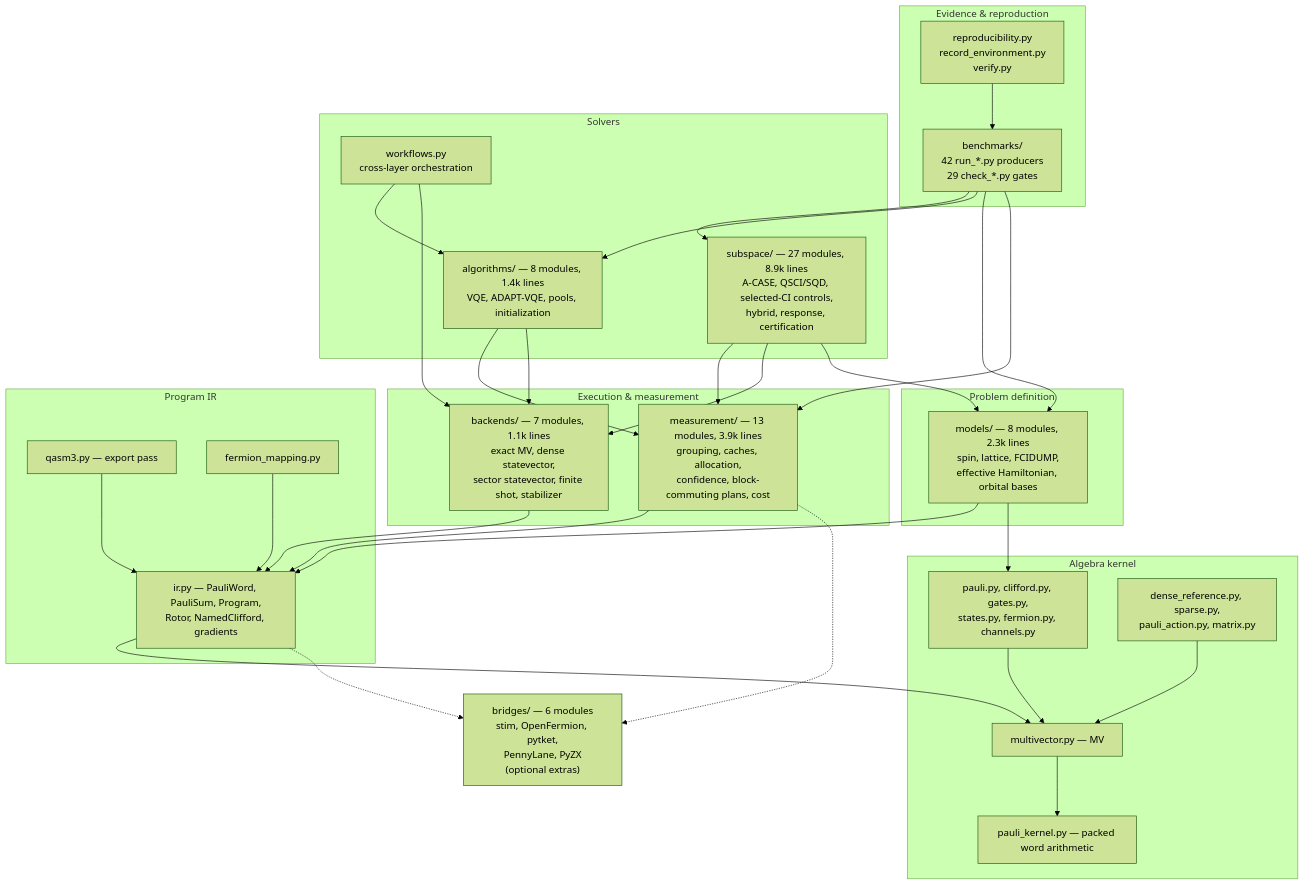
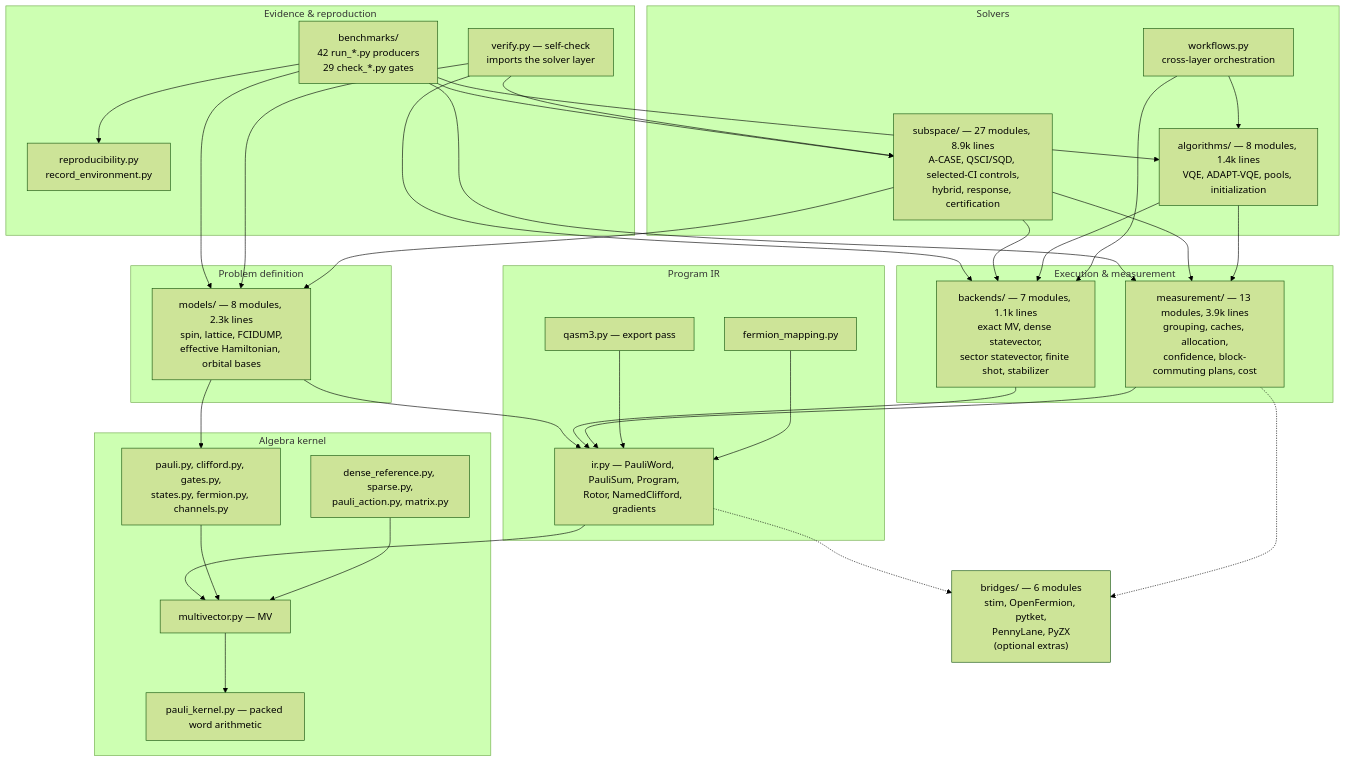
One commit to gutama/clifford_qc changed the first of 4 diagrams in ARCHITECTURE.md. Above: the diagram before and after it, drawn with Mermaid (forest theme). The commit also changed other lines of this file, not shown here.

First line of the commit message:
docs: correct four overclaims in ARCHITECTURE.md

````diff
--- a/ARCHITECTURE.md
+++ b/ARCHITECTURE.md
@@ -28,62 +38,66 @@
 ```mermaid
 flowchart TD
     subgraph L6["Evidence & reproduction"]
         BENCH["benchmarks/<br/>42 run_*.py producers<br/>29 check_*.py gates"]
-        REPRO["reproducibility.py<br/>record_environment.py<br/>verify.py"]
+        REPRO["reproducibility.py<br/>record_environment.py"]
+        VERIFY["verify.py &mdash; self-check<br/>imports the solver layer"]
     end
 
     subgraph L5["Solvers"]
         SUBSPACE["subspace/ &mdash; 27 modules, 8.9k lines<br/>A-CASE, QSCI/SQD, selected-CI controls,<br/>hybrid, response, certification"]
         ALGOS["algorithms/ &mdash; 8 modules, 1.4k lines<br/>VQE, ADAPT-VQE, pools, initialization"]
         WORKFLOWS["workflows.py<br/>cross-layer orchestration"]
     end
 
     subgraph L4["Problem definition"]
         MODELS["models/ &mdash; 8 modules, 2.3k lines<br/>spin, lattice, FCIDUMP,<br/>effective Hamiltonian, orbital bases"]
     end
 
     subgraph L3["Execution & measurement"]
         BACKENDS["backends/ &mdash; 7 modules, 1.1k lines<br/>exact MV, dense statevector,<br/>sector statevector, finite shot, stabilizer"]
         MEAS["measurement/ &mdash; 13 modules, 3.9k lines<br/>grouping, caches, allocation,<br/>confidence, block-commuting plans, cost"]
     end
 
     subgraph L2["Program IR"]
         IR["ir.py &mdash; PauliWord, PauliSum, Program,<br/>Rotor, NamedClifford, gradients"]
         QASM["qasm3.py &mdash; export pass"]
         FMAP["fermion_mapping.py"]
     end
 
     subgraph L1["Algebra kernel"]
         MV["multivector.py &mdash; MV"]
         KERNEL["pauli_kernel.py &mdash; packed word arithmetic"]
         PAULI["pauli.py, clifford.py, gates.py,<br/>states.py, fermion.py, channels.py"]
         DENSE["dense_reference.py, sparse.py,<br/>pauli_action.py, matrix.py"]
     end
 
     BRIDGES["bridges/ &mdash; 6 modules<br/>stim, OpenFermion, pytket,<br/>PennyLane, PyZX<br/>(optional extras)"]
 
     BENCH --> SUBSPACE
     BENCH --> ALGOS
     BENCH --> MODELS
     BENCH --> MEAS
-    REPRO --> BENCH
+    BENCH --> REPRO
+    VERIFY --> SUBSPACE
+    VERIFY --> MODELS
+    VERIFY --> BACKENDS
     SUBSPACE --> MEAS
     SUBSPACE --> BACKENDS
     SUBSPACE --> MODELS
     ALGOS --> MEAS
     ALGOS --> BACKENDS
     WORKFLOWS --> ALGOS
     WORKFLOWS --> BACKENDS
     MODELS --> IR
     MODELS --> PAULI
     BACKENDS --> IR
     MEAS --> IR
     IR --> MV
     QASM --> IR
     FMAP --> IR
     PAULI --> MV
     DENSE --> MV
     MV --> KERNEL
     IR -.-> BRIDGES
     MEAS -.-> BRIDGES
 ```
````
